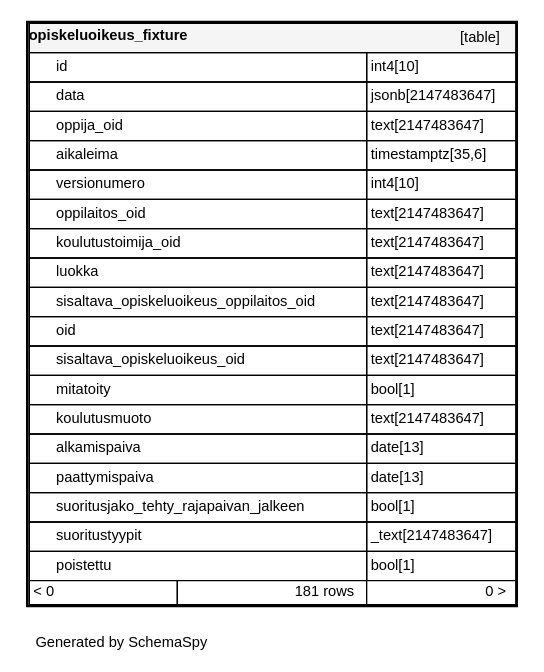
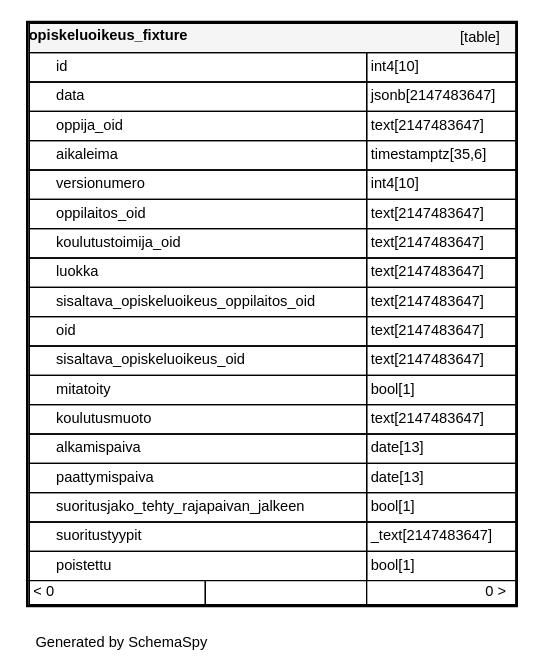
The diagram in documentation/tietokantaskeemat/koski/diagrams/tables/opiskeluoikeus_fixture.1degree.dot (Opetushallitus/koski), drawn with Graphviz before and after one commit. The commit also changed 100 other files, not shown here.

```diff
--- a/documentation/tietokantaskeemat/koski/diagrams/tables/opiskeluoikeus_fixture.1degree.dot
+++ b/documentation/tietokantaskeemat/koski/diagrams/tables/opiskeluoikeus_fixture.1degree.dot
@@ -1,31 +1,31 @@
 digraph "oneDegreeRelationshipsDiagram" {
   graph [    rankdir="RL"    bgcolor="#ffffff"    label="\nGenerated by SchemaSpy"    labeljust="l"    nodesep="0.18"    ranksep="0.46"    fontname="Helvetica"    fontsize="11"    ration="compress"  ];  node [    fontname="Helvetica"    fontsize="11"    shape="plaintext"  ];  edge [    arrowsize="0.8"  ];
   "opiskeluoikeus_fixture" [
    label=<
     <TABLE BORDER="2" CELLBORDER="1" CELLSPACING="0" BGCOLOR="#ffffff">
       <TR><TD COLSPAN="4"  BGCOLOR="#f5f5f5"><TABLE BORDER="0" CELLSPACING="0"><TR><TD ALIGN="LEFT" FIXEDSIZE="TRUE" WIDTH="130" HEIGHT="16"><B>opiskeluoikeus_fixture</B></TD><TD ALIGN="RIGHT">[table]</TD></TR></TABLE></TD></TR>
       <TR><TD PORT="id" COLSPAN="2" ALIGN="LEFT"><TABLE BORDER="0" CELLSPACING="0" ALIGN="LEFT"><TR ALIGN="LEFT"><TD ALIGN="LEFT" FIXEDSIZE="TRUE" WIDTH="15" HEIGHT="16"></TD><TD ALIGN="LEFT" FIXEDSIZE="TRUE" WIDTH="232" HEIGHT="16">id</TD></TR></TABLE></TD><TD PORT="id.type" ALIGN="LEFT">int4[10]</TD></TR>
       <TR><TD PORT="data" COLSPAN="2" ALIGN="LEFT"><TABLE BORDER="0" CELLSPACING="0" ALIGN="LEFT"><TR ALIGN="LEFT"><TD ALIGN="LEFT" FIXEDSIZE="TRUE" WIDTH="15" HEIGHT="16"></TD><TD ALIGN="LEFT" FIXEDSIZE="TRUE" WIDTH="232" HEIGHT="16">data</TD></TR></TABLE></TD><TD PORT="data.type" ALIGN="LEFT">jsonb[2147483647]</TD></TR>
       <TR><TD PORT="oppija_oid" COLSPAN="2" ALIGN="LEFT"><TABLE BORDER="0" CELLSPACING="0" ALIGN="LEFT"><TR ALIGN="LEFT"><TD ALIGN="LEFT" FIXEDSIZE="TRUE" WIDTH="15" HEIGHT="16"></TD><TD ALIGN="LEFT" FIXEDSIZE="TRUE" WIDTH="232" HEIGHT="16">oppija_oid</TD></TR></TABLE></TD><TD PORT="oppija_oid.type" ALIGN="LEFT">text[2147483647]</TD></TR>
       <TR><TD PORT="aikaleima" COLSPAN="2" ALIGN="LEFT"><TABLE BORDER="0" CELLSPACING="0" ALIGN="LEFT"><TR ALIGN="LEFT"><TD ALIGN="LEFT" FIXEDSIZE="TRUE" WIDTH="15" HEIGHT="16"></TD><TD ALIGN="LEFT" FIXEDSIZE="TRUE" WIDTH="232" HEIGHT="16">aikaleima</TD></TR></TABLE></TD><TD PORT="aikaleima.type" ALIGN="LEFT">timestamptz[35,6]</TD></TR>
       <TR><TD PORT="versionumero" COLSPAN="2" ALIGN="LEFT"><TABLE BORDER="0" CELLSPACING="0" ALIGN="LEFT"><TR ALIGN="LEFT"><TD ALIGN="LEFT" FIXEDSIZE="TRUE" WIDTH="15" HEIGHT="16"></TD><TD ALIGN="LEFT" FIXEDSIZE="TRUE" WIDTH="232" HEIGHT="16">versionumero</TD></TR></TABLE></TD><TD PORT="versionumero.type" ALIGN="LEFT">int4[10]</TD></TR>
       <TR><TD PORT="oppilaitos_oid" COLSPAN="2" ALIGN="LEFT"><TABLE BORDER="0" CELLSPACING="0" ALIGN="LEFT"><TR ALIGN="LEFT"><TD ALIGN="LEFT" FIXEDSIZE="TRUE" WIDTH="15" HEIGHT="16"></TD><TD ALIGN="LEFT" FIXEDSIZE="TRUE" WIDTH="232" HEIGHT="16">oppilaitos_oid</TD></TR></TABLE></TD><TD PORT="oppilaitos_oid.type" ALIGN="LEFT">text[2147483647]</TD></TR>
       <TR><TD PORT="koulutustoimija_oid" COLSPAN="2" ALIGN="LEFT"><TABLE BORDER="0" CELLSPACING="0" ALIGN="LEFT"><TR ALIGN="LEFT"><TD ALIGN="LEFT" FIXEDSIZE="TRUE" WIDTH="15" HEIGHT="16"></TD><TD ALIGN="LEFT" FIXEDSIZE="TRUE" WIDTH="232" HEIGHT="16">koulutustoimija_oid</TD></TR></TABLE></TD><TD PORT="koulutustoimija_oid.type" ALIGN="LEFT">text[2147483647]</TD></TR>
       <TR><TD PORT="luokka" COLSPAN="2" ALIGN="LEFT"><TABLE BORDER="0" CELLSPACING="0" ALIGN="LEFT"><TR ALIGN="LEFT"><TD ALIGN="LEFT" FIXEDSIZE="TRUE" WIDTH="15" HEIGHT="16"></TD><TD ALIGN="LEFT" FIXEDSIZE="TRUE" WIDTH="232" HEIGHT="16">luokka</TD></TR></TABLE></TD><TD PORT="luokka.type" ALIGN="LEFT">text[2147483647]</TD></TR>
       <TR><TD PORT="sisaltava_opiskeluoikeus_oppilaitos_oid" COLSPAN="2" ALIGN="LEFT"><TABLE BORDER="0" CELLSPACING="0" ALIGN="LEFT"><TR ALIGN="LEFT"><TD ALIGN="LEFT" FIXEDSIZE="TRUE" WIDTH="15" HEIGHT="16"></TD><TD ALIGN="LEFT" FIXEDSIZE="TRUE" WIDTH="232" HEIGHT="16">sisaltava_opiskeluoikeus_oppilaitos_oid</TD></TR></TABLE></TD><TD PORT="sisaltava_opiskeluoikeus_oppilaitos_oid.type" ALIGN="LEFT">text[2147483647]</TD></TR>
       <TR><TD PORT="oid" COLSPAN="2" ALIGN="LEFT"><TABLE BORDER="0" CELLSPACING="0" ALIGN="LEFT"><TR ALIGN="LEFT"><TD ALIGN="LEFT" FIXEDSIZE="TRUE" WIDTH="15" HEIGHT="16"></TD><TD ALIGN="LEFT" FIXEDSIZE="TRUE" WIDTH="232" HEIGHT="16">oid</TD></TR></TABLE></TD><TD PORT="oid.type" ALIGN="LEFT">text[2147483647]</TD></TR>
       <TR><TD PORT="sisaltava_opiskeluoikeus_oid" COLSPAN="2" ALIGN="LEFT"><TABLE BORDER="0" CELLSPACING="0" ALIGN="LEFT"><TR ALIGN="LEFT"><TD ALIGN="LEFT" FIXEDSIZE="TRUE" WIDTH="15" HEIGHT="16"></TD><TD ALIGN="LEFT" FIXEDSIZE="TRUE" WIDTH="232" HEIGHT="16">sisaltava_opiskeluoikeus_oid</TD></TR></TABLE></TD><TD PORT="sisaltava_opiskeluoikeus_oid.type" ALIGN="LEFT">text[2147483647]</TD></TR>
       <TR><TD PORT="mitatoity" COLSPAN="2" ALIGN="LEFT"><TABLE BORDER="0" CELLSPACING="0" ALIGN="LEFT"><TR ALIGN="LEFT"><TD ALIGN="LEFT" FIXEDSIZE="TRUE" WIDTH="15" HEIGHT="16"></TD><TD ALIGN="LEFT" FIXEDSIZE="TRUE" WIDTH="232" HEIGHT="16">mitatoity</TD></TR></TABLE></TD><TD PORT="mitatoity.type" ALIGN="LEFT">bool[1]</TD></TR>
       <TR><TD PORT="koulutusmuoto" COLSPAN="2" ALIGN="LEFT"><TABLE BORDER="0" CELLSPACING="0" ALIGN="LEFT"><TR ALIGN="LEFT"><TD ALIGN="LEFT" FIXEDSIZE="TRUE" WIDTH="15" HEIGHT="16"></TD><TD ALIGN="LEFT" FIXEDSIZE="TRUE" WIDTH="232" HEIGHT="16">koulutusmuoto</TD></TR></TABLE></TD><TD PORT="koulutusmuoto.type" ALIGN="LEFT">text[2147483647]</TD></TR>
       <TR><TD PORT="alkamispaiva" COLSPAN="2" ALIGN="LEFT"><TABLE BORDER="0" CELLSPACING="0" ALIGN="LEFT"><TR ALIGN="LEFT"><TD ALIGN="LEFT" FIXEDSIZE="TRUE" WIDTH="15" HEIGHT="16"></TD><TD ALIGN="LEFT" FIXEDSIZE="TRUE" WIDTH="232" HEIGHT="16">alkamispaiva</TD></TR></TABLE></TD><TD PORT="alkamispaiva.type" ALIGN="LEFT">date[13]</TD></TR>
       <TR><TD PORT="paattymispaiva" COLSPAN="2" ALIGN="LEFT"><TABLE BORDER="0" CELLSPACING="0" ALIGN="LEFT"><TR ALIGN="LEFT"><TD ALIGN="LEFT" FIXEDSIZE="TRUE" WIDTH="15" HEIGHT="16"></TD><TD ALIGN="LEFT" FIXEDSIZE="TRUE" WIDTH="232" HEIGHT="16">paattymispaiva</TD></TR></TABLE></TD><TD PORT="paattymispaiva.type" ALIGN="LEFT">date[13]</TD></TR>
       <TR><TD PORT="suoritusjako_tehty_rajapaivan_jalkeen" COLSPAN="2" ALIGN="LEFT"><TABLE BORDER="0" CELLSPACING="0" ALIGN="LEFT"><TR ALIGN="LEFT"><TD ALIGN="LEFT" FIXEDSIZE="TRUE" WIDTH="15" HEIGHT="16"></TD><TD ALIGN="LEFT" FIXEDSIZE="TRUE" WIDTH="232" HEIGHT="16">suoritusjako_tehty_rajapaivan_jalkeen</TD></TR></TABLE></TD><TD PORT="suoritusjako_tehty_rajapaivan_jalkeen.type" ALIGN="LEFT">bool[1]</TD></TR>
       <TR><TD PORT="suoritustyypit" COLSPAN="2" ALIGN="LEFT"><TABLE BORDER="0" CELLSPACING="0" ALIGN="LEFT"><TR ALIGN="LEFT"><TD ALIGN="LEFT" FIXEDSIZE="TRUE" WIDTH="15" HEIGHT="16"></TD><TD ALIGN="LEFT" FIXEDSIZE="TRUE" WIDTH="232" HEIGHT="16">suoritustyypit</TD></TR></TABLE></TD><TD PORT="suoritustyypit.type" ALIGN="LEFT">_text[2147483647]</TD></TR>
       <TR><TD PORT="poistettu" COLSPAN="2" ALIGN="LEFT"><TABLE BORDER="0" CELLSPACING="0" ALIGN="LEFT"><TR ALIGN="LEFT"><TD ALIGN="LEFT" FIXEDSIZE="TRUE" WIDTH="15" HEIGHT="16"></TD><TD ALIGN="LEFT" FIXEDSIZE="TRUE" WIDTH="232" HEIGHT="16">poistettu</TD></TR></TABLE></TD><TD PORT="poistettu.type" ALIGN="LEFT">bool[1]</TD></TR>
-      <TR><TD ALIGN="LEFT" BGCOLOR="#ffffff">&lt; 0</TD><TD ALIGN="RIGHT" BGCOLOR="#ffffff">181 rows</TD><TD ALIGN="RIGHT" BGCOLOR="#ffffff">0 &gt;</TD></TR>
+      <TR><TD ALIGN="LEFT" BGCOLOR="#ffffff">&lt; 0</TD><TD ALIGN="RIGHT" BGCOLOR="#ffffff">  </TD><TD ALIGN="RIGHT" BGCOLOR="#ffffff">0 &gt;</TD></TR>
     </TABLE>>
     URL="../../tables/opiskeluoikeus_fixture.html"
     target="_top"
     tooltip="opiskeluoikeus_fixture"
   ];
 }
```
